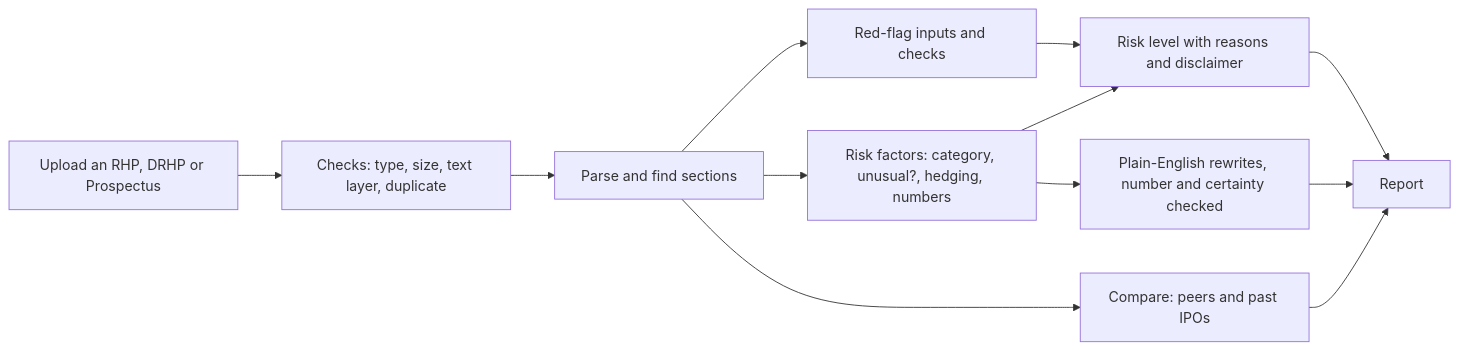
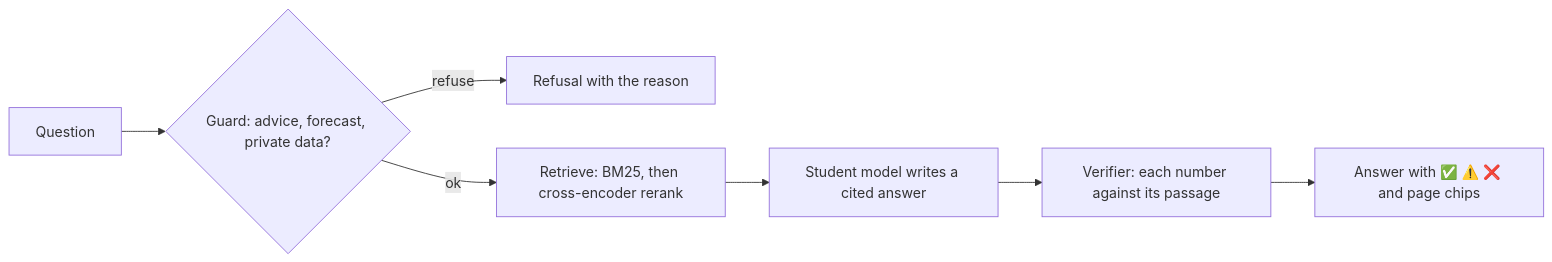
The second of 2 diagrams in README.md (AkshatTm/FinSight-IPO-X-Ray-for-Indian-retail-investors), drawn with Mermaid before and after one commit. The commit also changed other lines of this file and 46 other files, not shown here.

````diff
--- a/README.md
+++ b/README.md
@@ -47,14 +90,9 @@
 ```mermaid
 flowchart LR
-  U[Upload an RHP, DRHP or Prospectus] --> V[Checks: type, size, text layer, duplicate]
-  V --> P[Parse and find sections]
-  P --> F[Red-flag inputs and checks]
-  P --> R[Risk factors: category, unusual?, hedging, numbers]
-  R --> S[Plain-English rewrites, number and certainty checked]
-  F --> L[Risk level with reasons and disclaimer]
-  R --> L
-  P --> C[Compare: peers and past IPOs]
-  L --> Rep[Report]
-  S --> Rep
-  C --> Rep
+  Q[Question] --> G{Guard: advice, forecast, private data?}
+  G -- refuse --> R[Refusal with the reason]
+  G -- ok --> H[Retrieve: BM25, then cross-encoder rerank]
+  H --> L[Student model writes a cited answer]
+  L --> X[Verifier: each number against its passage]
+  X --> A[Answer with ✅ ⚠️ ❌ and page chips]
 ```
````
